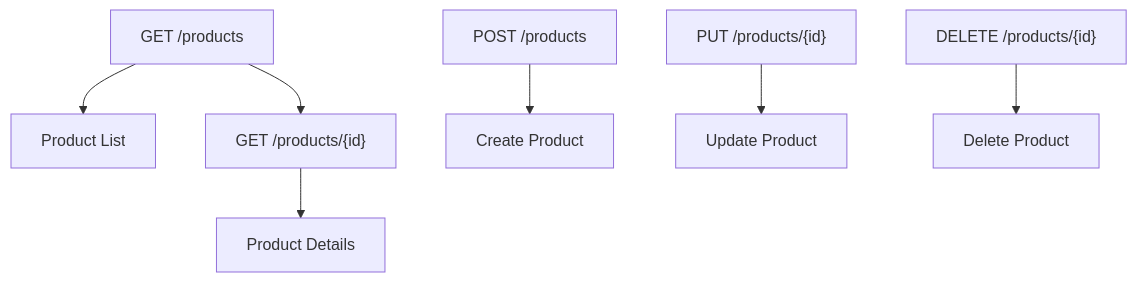
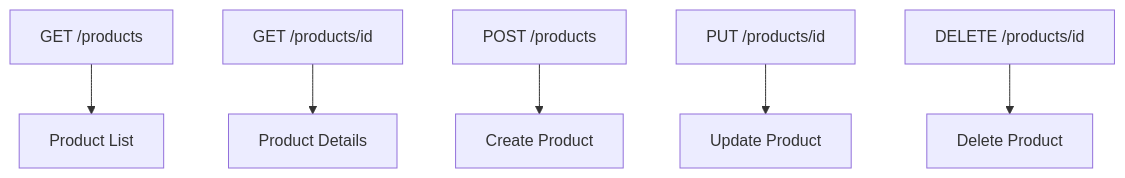
Before and after one commit to 42jerrykim/42jerrykim.github.io: the seventh of 17 diagrams in content/post/2024/2024-09-10-api-strategy/index.md, drawn with Mermaid. The commit also changed other lines of this file and 239 other files, not shown here.

````diff
--- a/content/post/2024/2024-09-10-api-strategy/index.md
+++ b/content/post/2024/2024-09-10-api-strategy/index.md
@@ -470,9 +508,8 @@
 ```mermaid
-graph TD;
-    A[GET /products] --> B[Product List]
-    A --> C["GET /products/{id}"]
-    C --> D[Product Details]
-    E[POST /products] --> F[Create Product]
-    G["PUT /products/{id}"] --> H[Update Product]
-    I["DELETE /products/{id}"] --> J[Delete Product]
+graph TD
+    getProducts["GET /products"] --> productList[Product List]
+    getProductId["GET /products/id"] --> productDetails[Product Details]
+    postProducts["POST /products"] --> createProduct[Create Product]
+    putProductId["PUT /products/id"] --> updateProduct[Update Product]
+    deleteProductId["DELETE /products/id"] --> deleteProduct[Delete Product]
 ```
````
